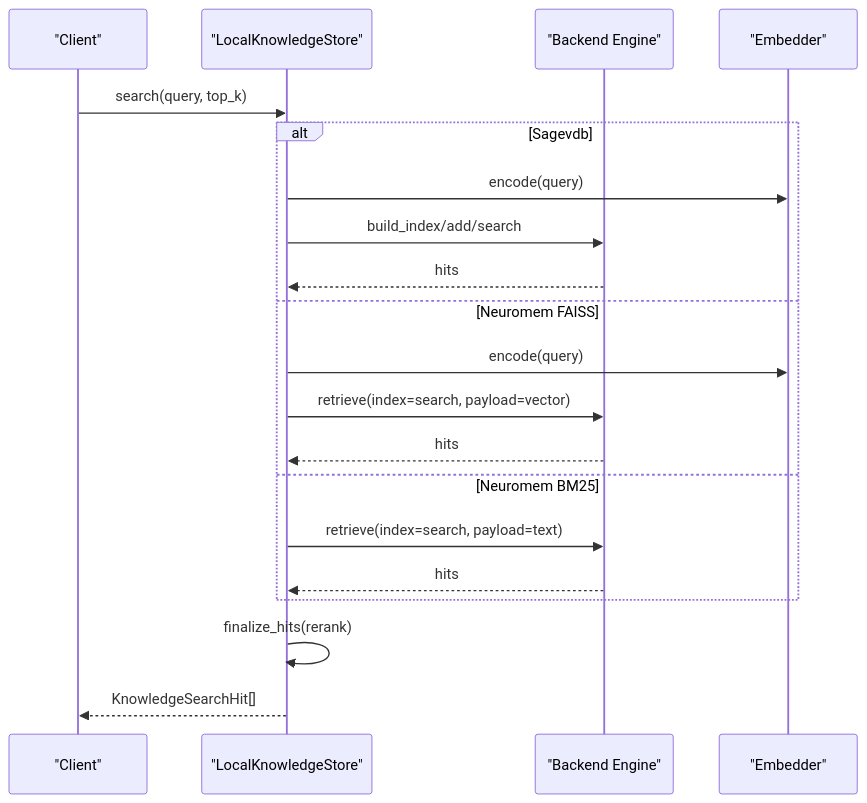
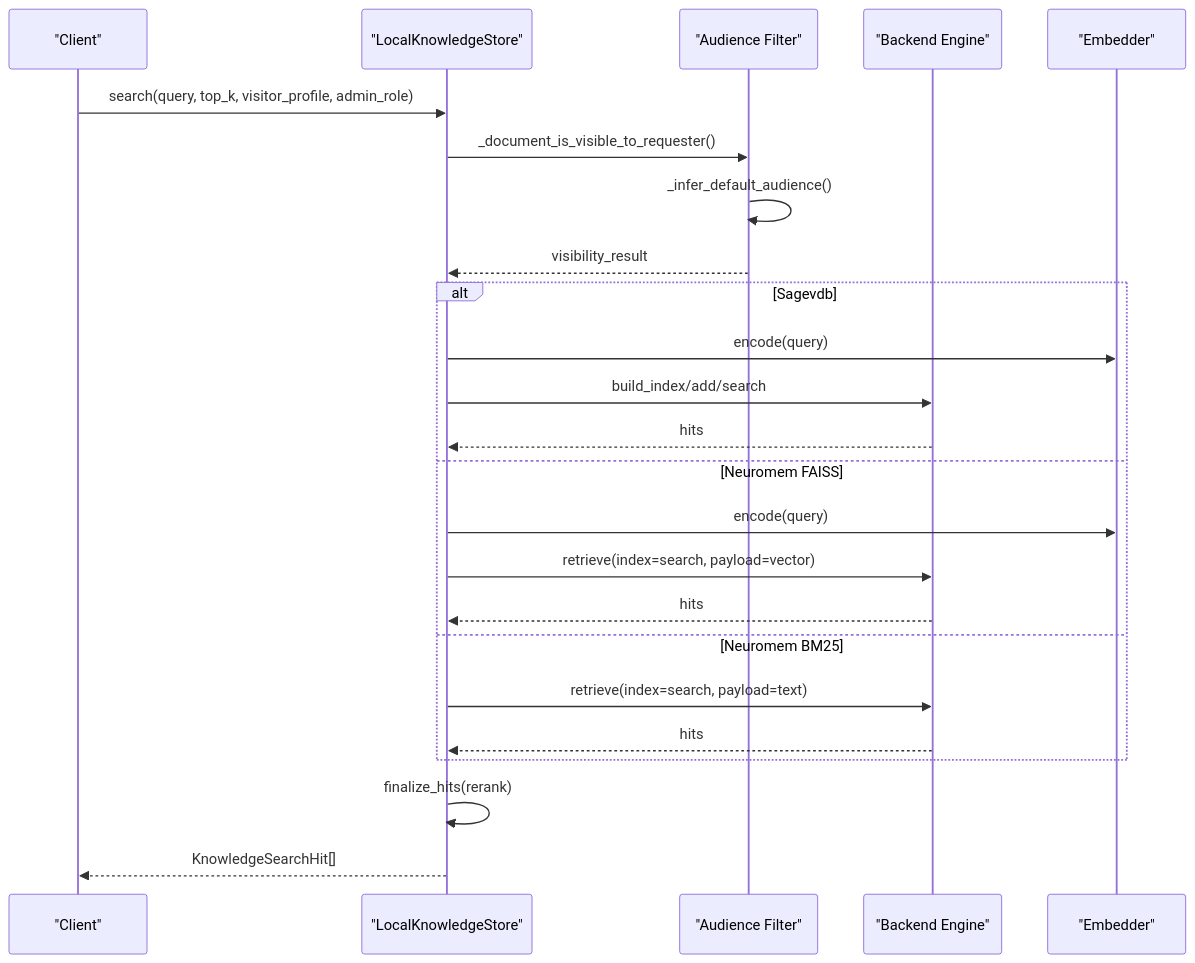
Before and after one commit to intellistream/sage-mate: the third of 9 diagrams in .qoder/repowiki/en/content/Knowledge Management/Knowledge Management.md, drawn with Mermaid. The commit also changed other lines of this file and 121 other files, not shown here.

````diff
--- a/.qoder/repowiki/en/content/Knowledge Management/Knowledge Management.md
+++ b/.qoder/repowiki/en/content/Knowledge Management/Knowledge Management.md
@@ -146,22 +170,26 @@
 ```mermaid
 sequenceDiagram
 participant Client as "Client"
 participant Store as "LocalKnowledgeStore"
+participant Filter as "Audience Filter"
 participant Backend as "Backend Engine"
 participant Embed as "Embedder"
-Client->>Store : search(query, top_k)
+Client->>Store : search(query, top_k, visitor_profile, admin_role)
+Store->>Filter : _document_is_visible_to_requester()
+Filter->>Filter : _infer_default_audience()
+Filter-->>Store : visibility_result
 alt Sagevdb
 Store->>Embed : encode(query)
 Store->>Backend : build_index/add/search
 Backend-->>Store : hits
 else Neuromem FAISS
 Store->>Embed : encode(query)
 Store->>Backend : retrieve(index=search, payload=vector)
 Backend-->>Store : hits
 else Neuromem BM25
 Store->>Backend : retrieve(index=search, payload=text)
 Backend-->>Store : hits
 end
 Store->>Store : finalize_hits(rerank)
 Store-->>Client : KnowledgeSearchHit[]
 ```
````
